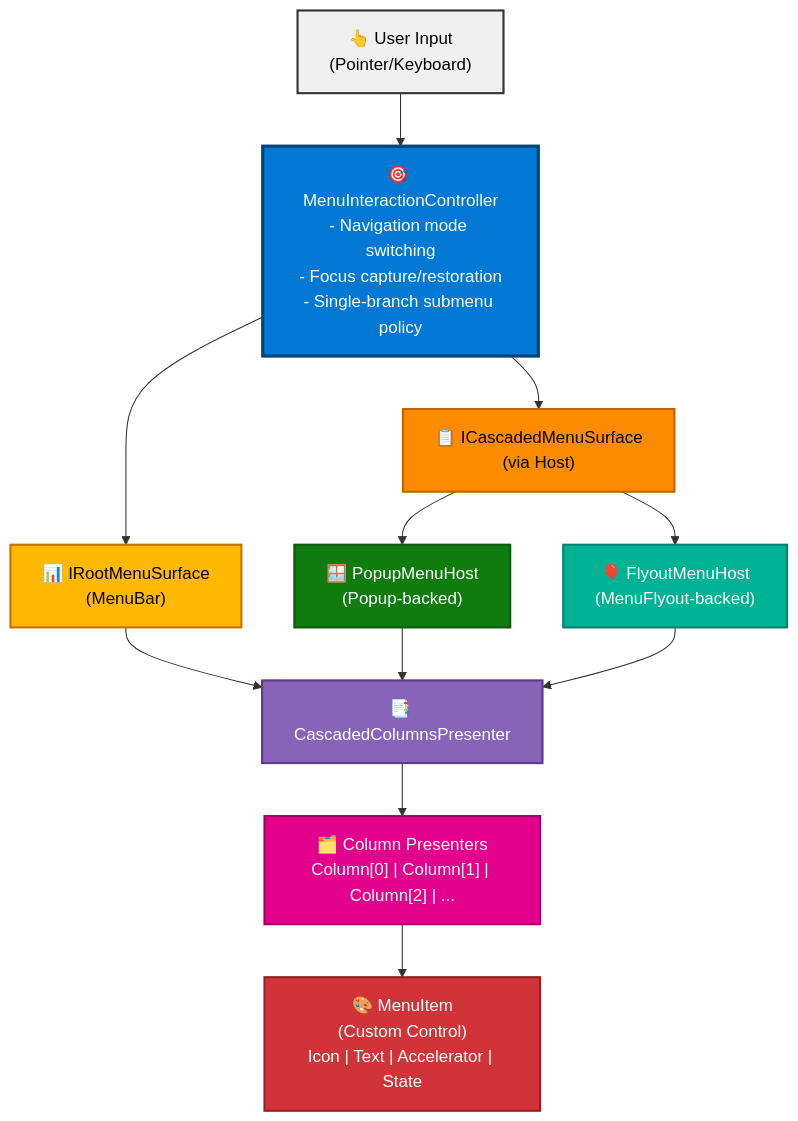
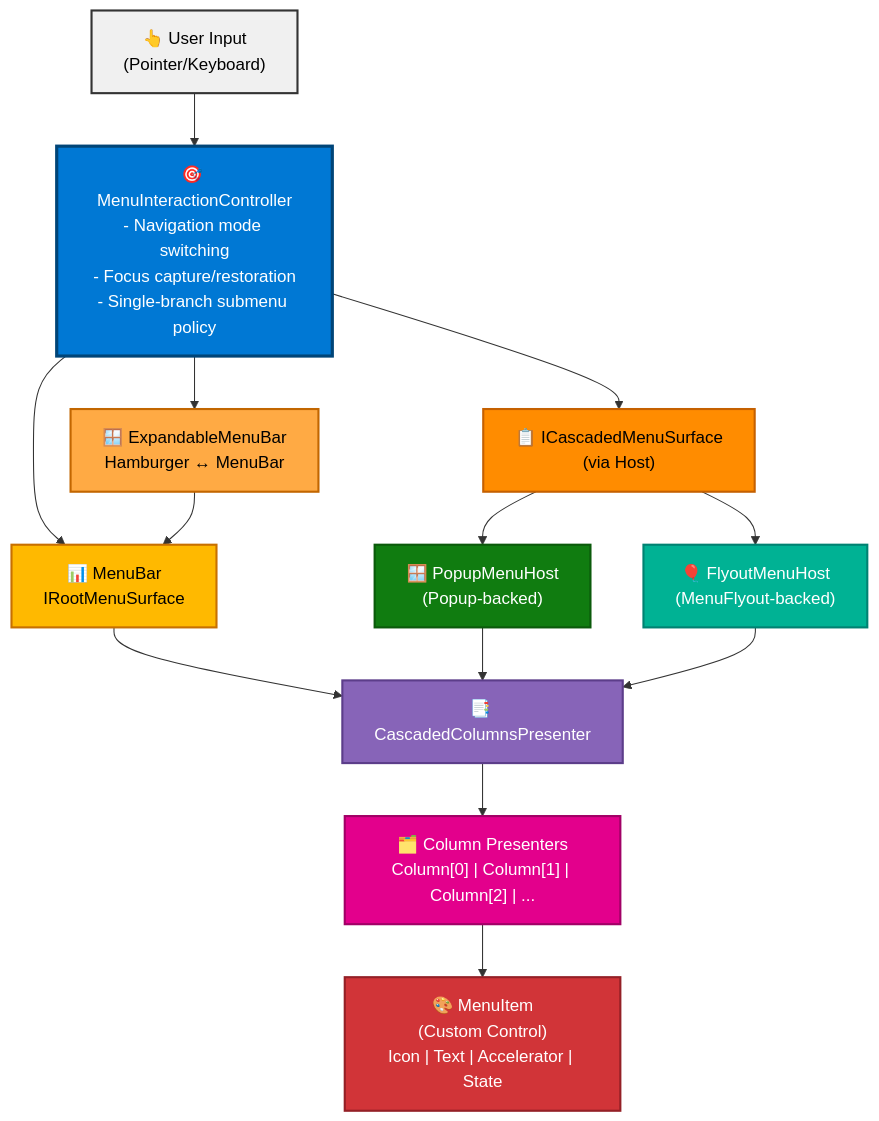
Before and after one commit to abdes/DroidNet: the diagram in projects/Controls/Menus/README.md, drawn with Mermaid. The commit also changed other lines of this file and 1 other file, not shown here.

Commit message:
docs(menu): update README with expandable menu bar

````diff
--- a/projects/Controls/Menus/README.md
+++ b/projects/Controls/Menus/README.md
@@ -64,30 +66,33 @@
 ```mermaid
 flowchart TD
     Input["👆 User Input<br/>(Pointer/Keyboard)"]
 
     Input --> Controller["🎯 MenuInteractionController<br/>- Navigation mode switching<br/>- Focus capture/restoration<br/>- Single-branch submenu policy"]
 
-    Controller --> RootSurface["📊 IRootMenuSurface<br/>(MenuBar)"]
+    Controller --> ExpandableRoot["🪟 ExpandableMenuBar<br/>Hamburger ↔ MenuBar"]
+    Controller --> RootSurface["📊 MenuBar<br/>IRootMenuSurface"]
     Controller --> CascadedSurface["📋 ICascadedMenuSurface<br/>(via Host)"]
 
+    ExpandableRoot --> RootSurface
     CascadedSurface --> PopupHost["🪟 PopupMenuHost<br/>(Popup-backed)"]
     CascadedSurface --> FlyoutHost["🎈 FlyoutMenuHost<br/>(MenuFlyout-backed)"]
 
     RootSurface --> Presenter["📑 CascadedColumnsPresenter"]
     PopupHost --> Presenter
     FlyoutHost --> Presenter
 
     Presenter --> Columns["🗂️ Column Presenters<br/>Column[0] | Column[1] | Column[2] | ..."]
 
     Columns --> MenuItem["🎨 MenuItem<br/>(Custom Control)<br/>Icon | Text | Accelerator | State"]
 
     style Input fill:#f0f0f0,stroke:#333,stroke-width:2px,color:#000
     style Controller fill:#0078d4,stroke:#004578,stroke-width:3px,color:#fff
+    style ExpandableRoot fill:#ffaa44,stroke:#c26600,stroke-width:2px,color:#000
     style RootSurface fill:#ffb900,stroke:#c87000,stroke-width:2px,color:#000
     style CascadedSurface fill:#ff8c00,stroke:#c56000,stroke-width:2px,color:#000
     style PopupHost fill:#107c10,stroke:#0b5a0b,stroke-width:2px,color:#fff
     style FlyoutHost fill:#00b294,stroke:#008272,stroke-width:2px,color:#fff
     style Presenter fill:#8764b8,stroke:#5c3d8a,stroke-width:2px,color:#fff
     style Columns fill:#e3008c,stroke:#a10066,stroke-width:2px,color:#fff
     style MenuItem fill:#d13438,stroke:#942026,stroke-width:2px,color:#fff
 ```
````
